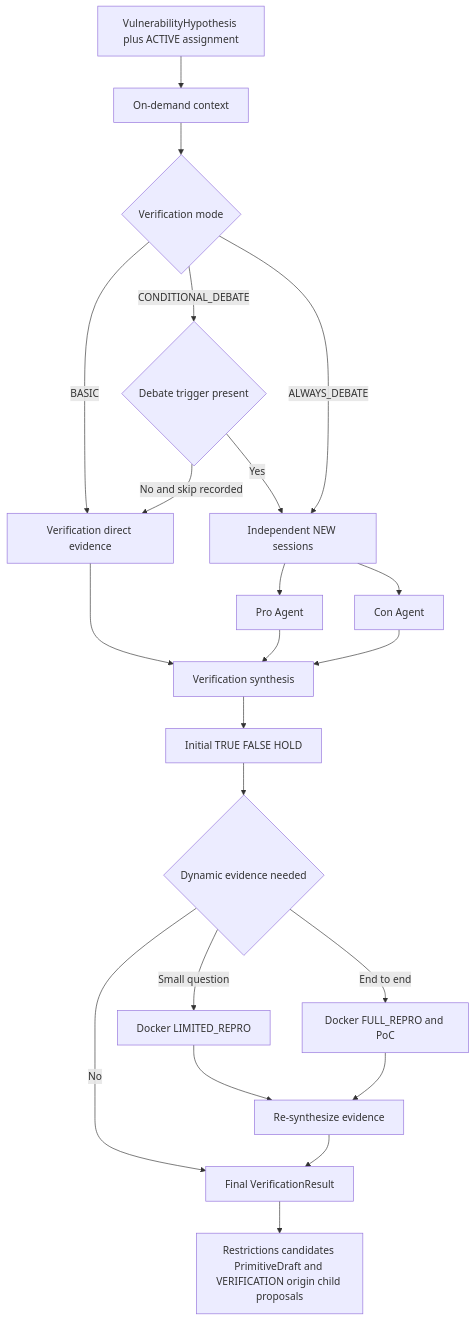
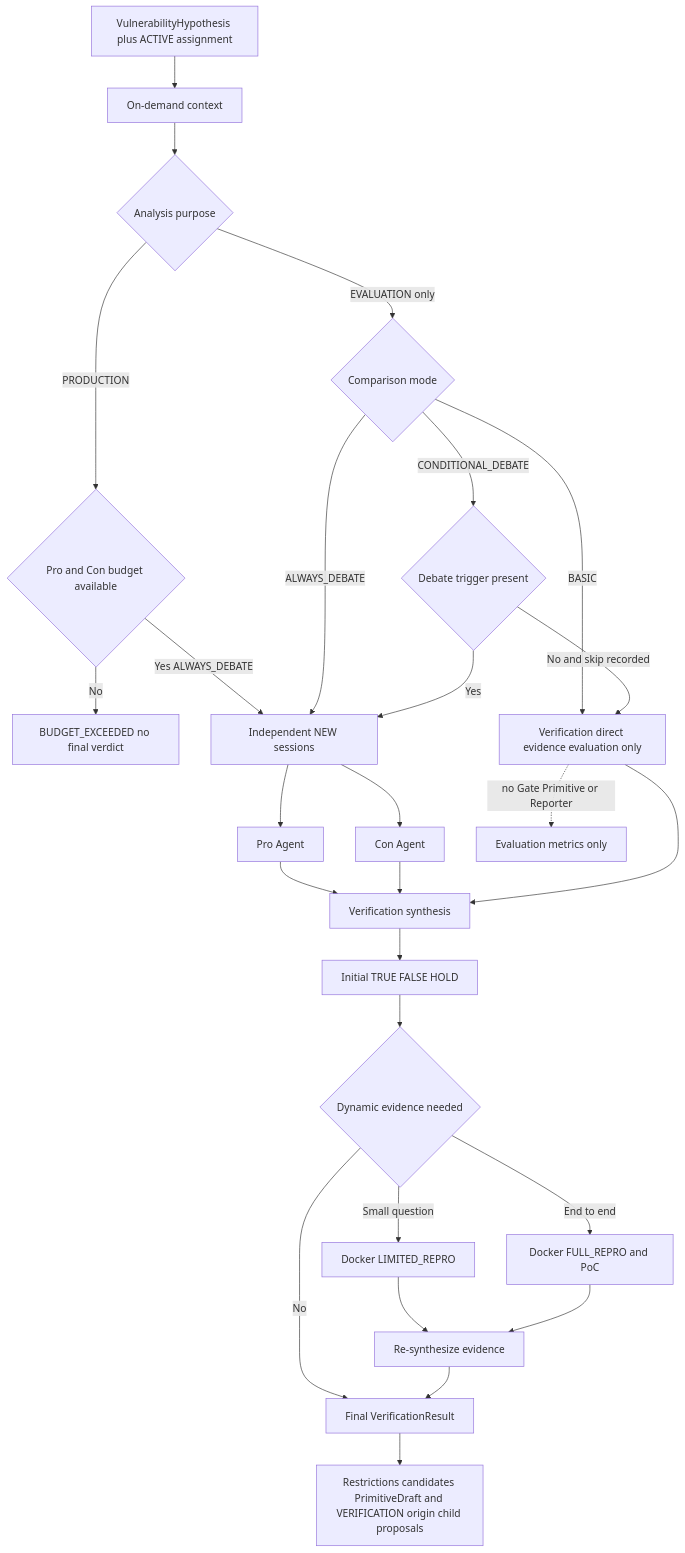
The fourth of 13 diagrams in docs/architecture-v5/13-architecture-diagrams.md (SASTsimi/sastsimi), drawn with Mermaid before and after one commit. The commit also changed other lines of this file and 18 other files, not shown here.

Commit message:
docs: enforce production Pro Con verification

````diff
--- a/docs/architecture-v5/13-architecture-diagrams.md
+++ b/docs/architecture-v5/13-architecture-diagrams.md
@@ -119,24 +119,29 @@
 ```mermaid
 flowchart TB
     HYP[VulnerabilityHypothesis plus ACTIVE assignment] --> CTX[On-demand context]
-    CTX --> MODE{Verification mode}
-    MODE -->|BASIC| BASIC[Verification direct evidence]
+    CTX --> PURPOSE{Analysis purpose}
+    PURPOSE -->|PRODUCTION| BUDGET{Pro and Con budget available}
+    BUDGET -->|No| STOP[BUDGET_EXCEEDED no final verdict]
+    BUDGET -->|Yes ALWAYS_DEBATE| FORK[Independent NEW sessions]
+    PURPOSE -->|EVALUATION only| MODE{Comparison mode}
+    MODE -->|BASIC| BASIC[Verification direct evidence evaluation only]
     MODE -->|CONDITIONAL_DEBATE| TRIGGER{Debate trigger present}
-    MODE -->|ALWAYS_DEBATE| FORK[Independent NEW sessions]
+    MODE -->|ALWAYS_DEBATE| FORK
     TRIGGER -->|No and skip recorded| BASIC
     TRIGGER -->|Yes| FORK
     FORK --> PRO[Pro Agent]
     FORK --> CON[Con Agent]
     PRO --> SYN[Verification synthesis]
     CON --> SYN
     BASIC --> SYN
+    BASIC -. no Gate Primitive or Reporter .-> METRICS[Evaluation metrics only]
     SYN --> INITIAL[Initial TRUE FALSE HOLD]
     INITIAL --> DYN{Dynamic evidence needed}
     DYN -->|No| FINAL[Final VerificationResult]
     DYN -->|Small question| LIMITED[Docker LIMITED_REPRO]
     DYN -->|End to end| FULL[Docker FULL_REPRO and PoC]
     LIMITED --> SYN2[Re-synthesize evidence]
     FULL --> SYN2
     SYN2 --> FINAL
     FINAL --> OUT[Restrictions candidates PrimitiveDraft and VERIFICATION origin child proposals]
 ```
````
